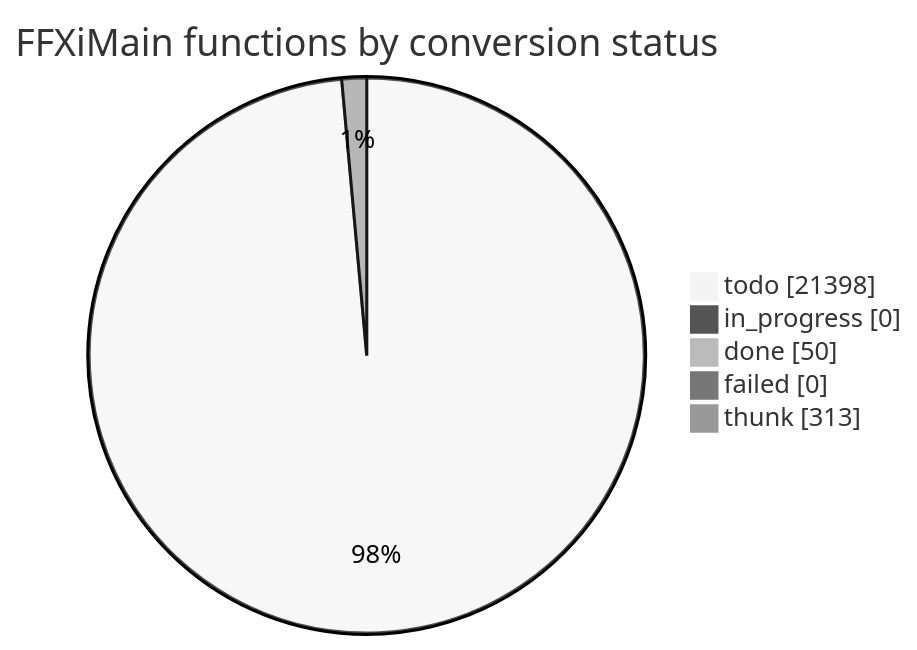
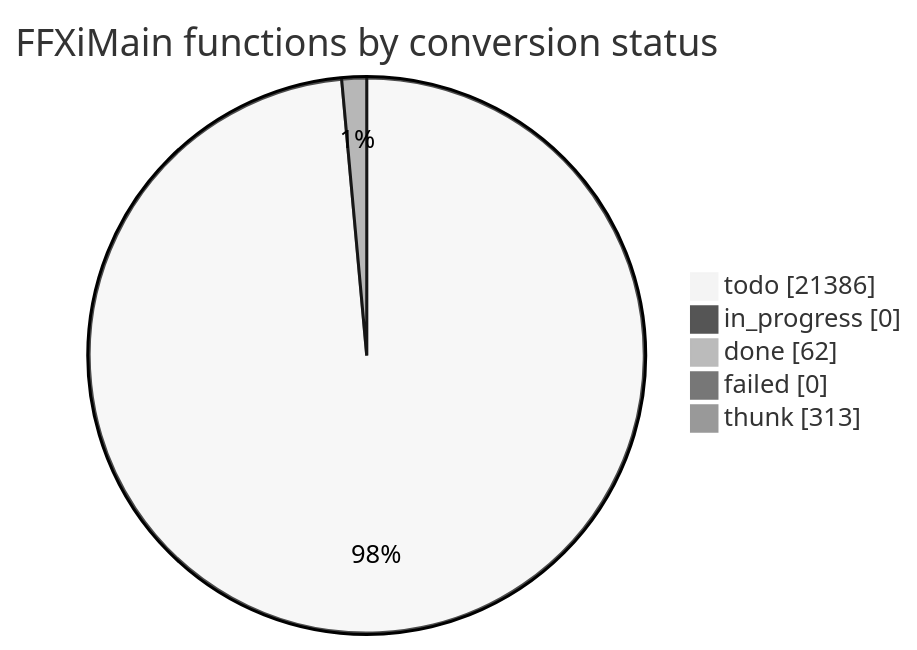
One commit to cowrevenge/cow_kuluu_xi_anything changed the diagram in docs/cow/STATUS.md. Above: the diagram before and after it, drawn with Mermaid (neutral theme). The commit also changed other lines of this file and 19 other files, not shown here.

````diff
--- a/docs/cow/STATUS.md
+++ b/docs/cow/STATUS.md
@@ -18,9 +18,9 @@
 ```mermaid
 pie showData
     title FFXiMain functions by conversion status
-    "todo" : 21398
+    "todo" : 21386
     "in_progress" : 0
-    "done" : 50
+    "done" : 62
     "failed" : 0
     "thunk" : 313
 ```
````
